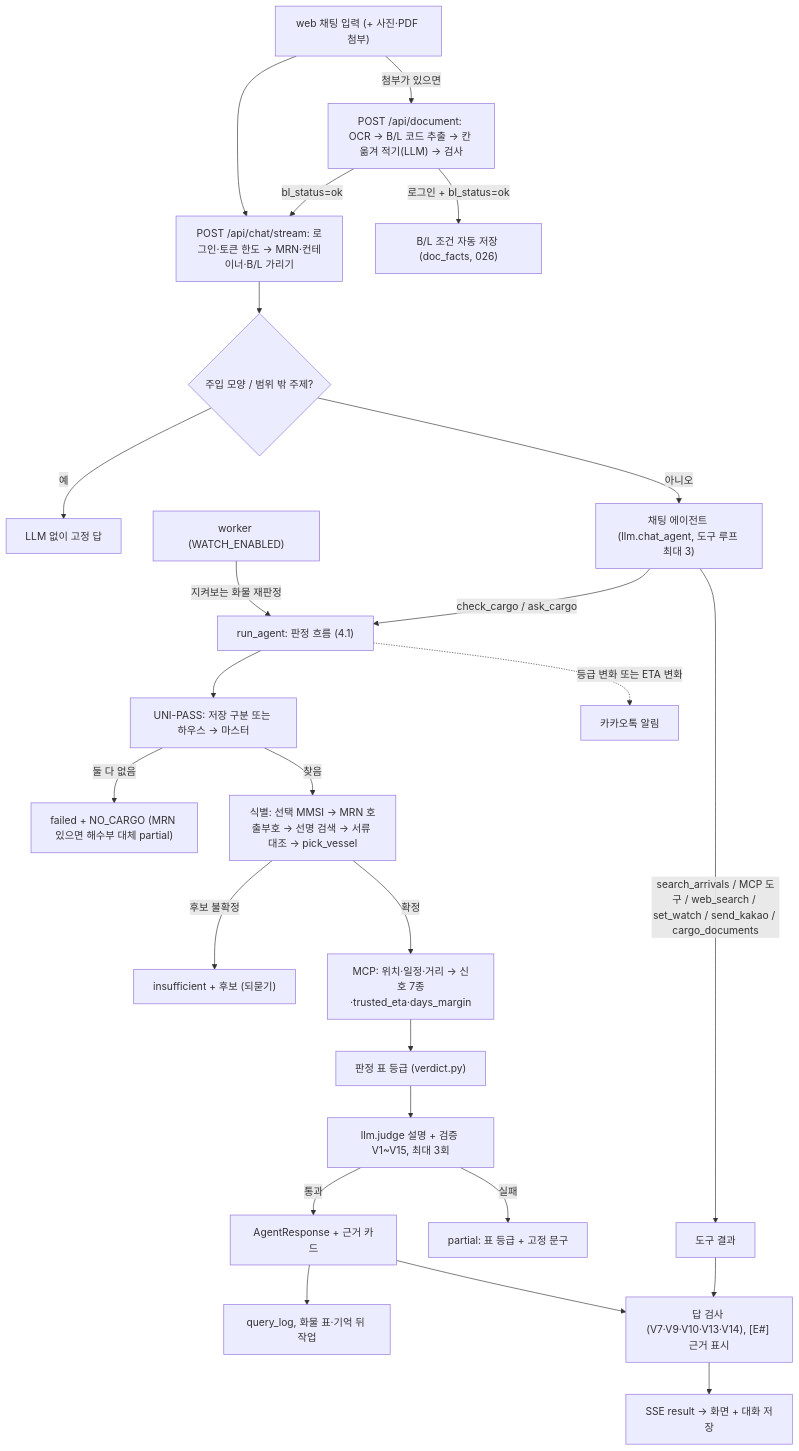
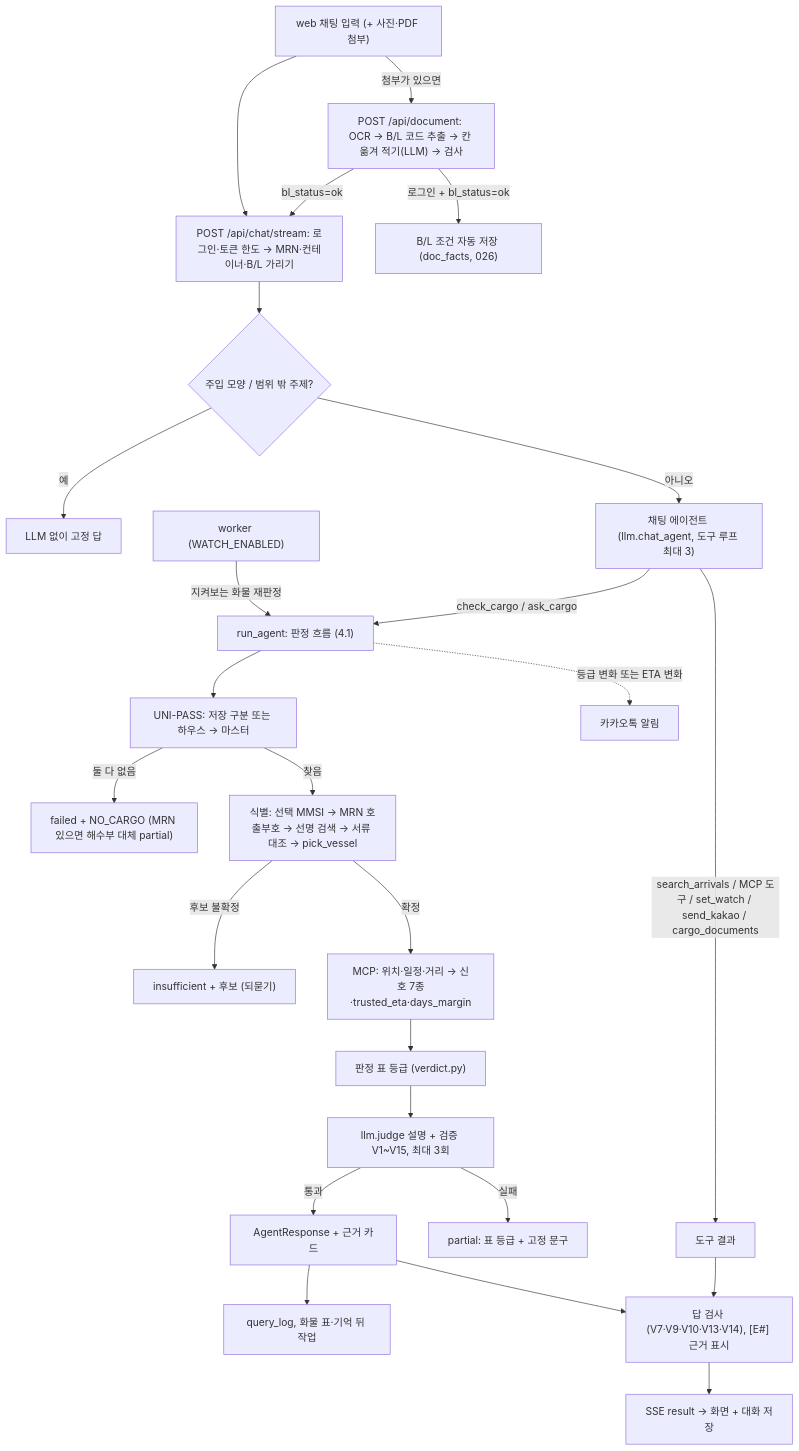
The third of 4 diagrams in docs/Marvia_SDD.md (seungwook-kim/marvia), drawn with Mermaid before and after one commit. The commit also changed other lines of this file and 43 other files, not shown here.

````diff
--- a/docs/Marvia_SDD.md
+++ b/docs/Marvia_SDD.md
@@ -566,27 +565,27 @@
 ```mermaid
 flowchart TD
   IN["web 채팅 입력 (+ 사진·PDF 첨부)"] -->|"첨부가 있으면"| DOC["POST /api/document: OCR → B/L 코드 추출 → 칸 옮겨 적기(LLM) → 검사"]
   DOC -->|"bl_status=ok"| CHAT
   DOC -->|"로그인 + bl_status=ok"| FACTS["B/L 조건 자동 저장 (doc_facts, 026)"]
   IN --> CHAT["POST /api/chat/stream: 로그인·토큰 한도 → MRN·컨테이너·B/L 가리기"]
   CHAT --> G{"주입 모양 / 범위 밖 주제?"}
   G -->|"예"| FIX["LLM 없이 고정 답"]
   G -->|"아니오"| AG["채팅 에이전트 (llm.chat_agent, 도구 루프 최대 3)"]
   AG -->|"check_cargo / ask_cargo"| RUN["run_agent: 판정 흐름 (4.1)"]
-  AG -->|"search_arrivals / MCP 도구 / web_search / set_watch / send_kakao / cargo_documents"| TOOLS["도구 결과"]
+  AG -->|"search_arrivals / MCP 도구 / set_watch / send_kakao / cargo_documents"| TOOLS["도구 결과"]
   RUN --> CU["UNI-PASS: 저장 구분 또는 하우스 → 마스터"]
   CU -->|"둘 다 없음"| NF["failed + NO_CARGO (MRN 있으면 해수부 대체 partial)"]
   CU -->|"찾음"| ID["식별: 선택 MMSI → MRN 호출부호 → 선명 검색 → 서류 대조 → pick_vessel"]
   ID -->|"후보 불확정"| ASK["insufficient + 후보 (되묻기)"]
   ID -->|"확정"| COL["MCP: 위치·일정·거리 → 신호 7종·trusted_eta·days_margin"]
   COL --> TBL["판정 표 등급 (verdict.py)"]
   TBL --> JD["llm.judge 설명 + 검증 V1~V15, 최대 3회"]
   JD -->|"실패"| PART["partial: 표 등급 + 고정 문구"]
   JD -->|"통과"| OUT["AgentResponse + 근거 카드"]
   OUT --> SAVE["query_log, 화물 표·기억 뒤 작업"]
   TOOLS --> REP["답 검사 (V7·V9·V10·V13·V14), [E#] 근거 표시"]
   OUT --> REP
   REP --> SSE["SSE result → 화면 + 대화 저장"]
   W2["worker (WATCH_ENABLED)"] -->|"지켜보는 화물 재판정"| RUN
   RUN -.->|"등급 변화 또는 ETA 변화"| KAKAO["카카오톡 알림"]
 ```
````
